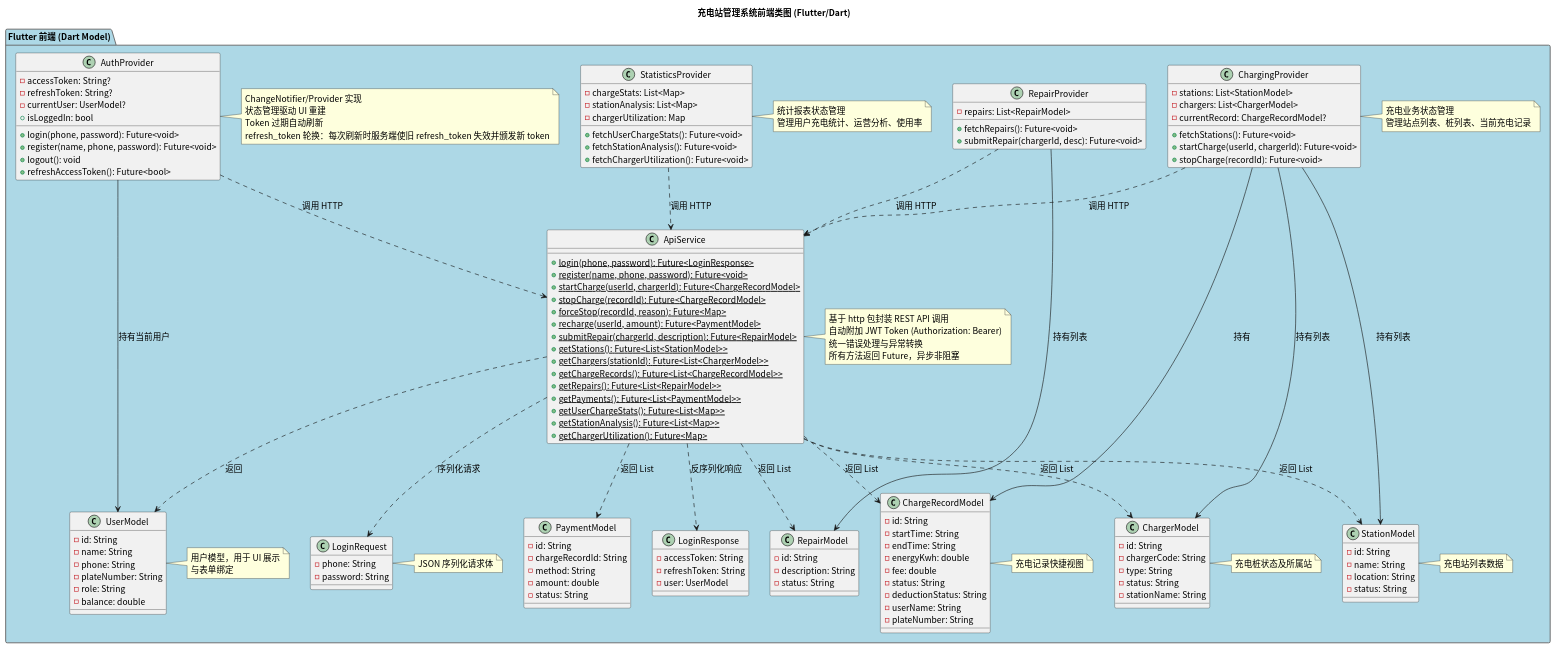
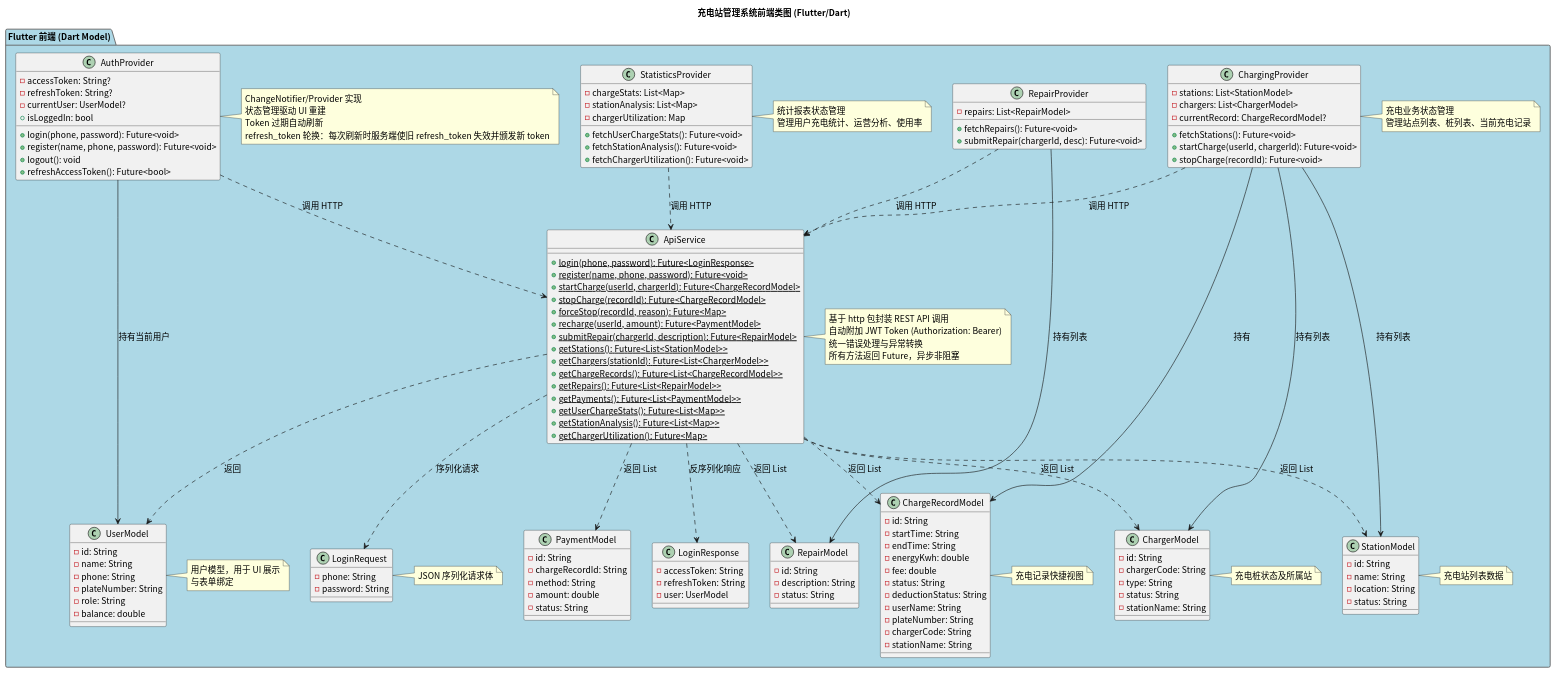
Before and after one commit to greenhandzdl/charging-station-doc: the diagram in class/src/frontend_class_diagram.puml, drawn with PlantUML. The commit also changed 24 other files, not shown here.

First line of the commit message:
fix: 架构与安全第二轮评估修复 — 类图权限补充、审计日志字段统一、状态图/活动图/用例图修复

```diff
--- a/class/src/frontend_class_diagram.puml
+++ b/class/src/frontend_class_diagram.puml
@@ -1,156 +1,158 @@
 @startuml
 skinparam defaultFontName "Noto Sans CJK SC"
 skinparam defaultFontSize 14
 title 充电站管理系统前端类图 (Flutter/Dart)
 skinparam package {
   BackgroundColor #F0F0F0
   BorderColor #666666
 }
 
 package "Flutter 前端 (Dart Model)" as FE #ADD8E6 {
 
   class "UserModel" as FUser {
     - id: String
     - name: String
     - phone: String
     - plateNumber: String
     - role: String
     - balance: double
   }
   note right of FUser : 用户模型，用于 UI 展示\n与表单绑定
 
   class "StationModel" as FStation {
     - id: String
     - name: String
     - location: String
     - status: String
   }
   note right of FStation : 充电站列表数据
 
   class "ChargerModel" as FCharger {
     - id: String
     - chargerCode: String
     - type: String
     - status: String
     - stationName: String
   }
   note right of FCharger : 充电桩状态及所属站
 
   class "ChargeRecordModel" as FCRecord {
     - id: String
     - startTime: String
     - endTime: String
     - energyKwh: double
     - fee: double
     - status: String
     - deductionStatus: String
     - userName: String
     - plateNumber: String
+    - chargerCode: String
+    - stationName: String
   }
   note right of FCRecord : 充电记录快捷视图
 
   class "PaymentModel" as FPayment {
     - id: String
     - chargeRecordId: String
     - method: String
     - amount: double
     - status: String
   }
 
   class "RepairModel" as FRepair {
     - id: String
     - description: String
     - status: String
   }
 
   class "LoginRequest" as LoginReq {
     - phone: String
     - password: String
   }
   note right of LoginReq : JSON 序列化请求体
 
   class "LoginResponse" as LoginResp {
     - accessToken: String
     - refreshToken: String
     - user: UserModel
   }
 
   class "ApiService" as Api {
     + {static} login(phone, password): Future<LoginResponse>
     + {static} register(name, phone, password): Future<void>
     + {static} startCharge(userId, chargerId): Future<ChargeRecordModel>
     + {static} stopCharge(recordId): Future<ChargeRecordModel>
     + {static} forceStop(recordId, reason): Future<Map>
     + {static} recharge(userId, amount): Future<PaymentModel>
     + {static} submitRepair(chargerId, description): Future<RepairModel>
     + {static} getStations(): Future<List<StationModel>>
     + {static} getChargers(stationId): Future<List<ChargerModel>>
     + {static} getChargeRecords(): Future<List<ChargeRecordModel>>
     + {static} getRepairs(): Future<List<RepairModel>>
     + {static} getPayments(): Future<List<PaymentModel>>
     + {static} getUserChargeStats(): Future<List<Map>>
     + {static} getStationAnalysis(): Future<List<Map>>
     + {static} getChargerUtilization(): Future<Map>
   }
   note right of Api : 基于 http 包封装 REST API 调用\n自动附加 JWT Token (Authorization: Bearer)\n统一错误处理与异常转换\n所有方法返回 Future，异步非阻塞
 
   class "AuthProvider" as Auth {
     - accessToken: String?
     - refreshToken: String?
     - currentUser: UserModel?
     + login(phone, password): Future<void>
     + register(name, phone, password): Future<void>
     + logout(): void
     + refreshAccessToken(): Future<bool>
     + isLoggedIn: bool
   }
   note right of Auth : ChangeNotifier/Provider 实现\n状态管理驱动 UI 重建\nToken 过期自动刷新\nrefresh_token 轮换：每次刷新时服务端使旧 refresh_token 失效并颁发新 token
 
   class "ChargingProvider" as CP {
     - stations: List<StationModel>
     - chargers: List<ChargerModel>
     - currentRecord: ChargeRecordModel?
     + fetchStations(): Future<void>
     + startCharge(userId, chargerId): Future<void>
     + stopCharge(recordId): Future<void>
   }
   note right of CP : 充电业务状态管理\n管理站点列表、桩列表、当前充电记录
 
   class "RepairProvider" as RP {
     - repairs: List<RepairModel>
     + fetchRepairs(): Future<void>
     + submitRepair(chargerId, desc): Future<void>
   }
 
   class "StatisticsProvider" as StatsP {
     - chargeStats: List<Map>
     - stationAnalysis: List<Map>
     - chargerUtilization: Map
     + fetchUserChargeStats(): Future<void>
     + fetchStationAnalysis(): Future<void>
     + fetchChargerUtilization(): Future<void>
   }
   note right of StatsP : 统计报表状态管理\n管理用户充电统计、运营分析、使用率
 }
 
 ' ===== 关联关系 =====
 Api ..> LoginReq : 序列化请求
 Api ..> LoginResp : 反序列化响应
 Api ..> FStation : 返回 List
 Api ..> FCharger : 返回 List
 Api ..> FUser : 返回
 Api ..> FCRecord : 返回 List
 Api ..> FPayment : 返回 List
 Api ..> FRepair : 返回 List
 
 Auth --> FUser : 持有当前用户
 Auth ..> Api : 调用 HTTP
 CP ..> Api : 调用 HTTP
 CP --> FStation : 持有列表
 CP --> FCharger : 持有列表
 CP --> FCRecord : 持有
 RP ..> Api : 调用 HTTP
 RP --> FRepair : 持有列表
 StatsP ..> Api : 调用 HTTP
 
 @enduml
```
